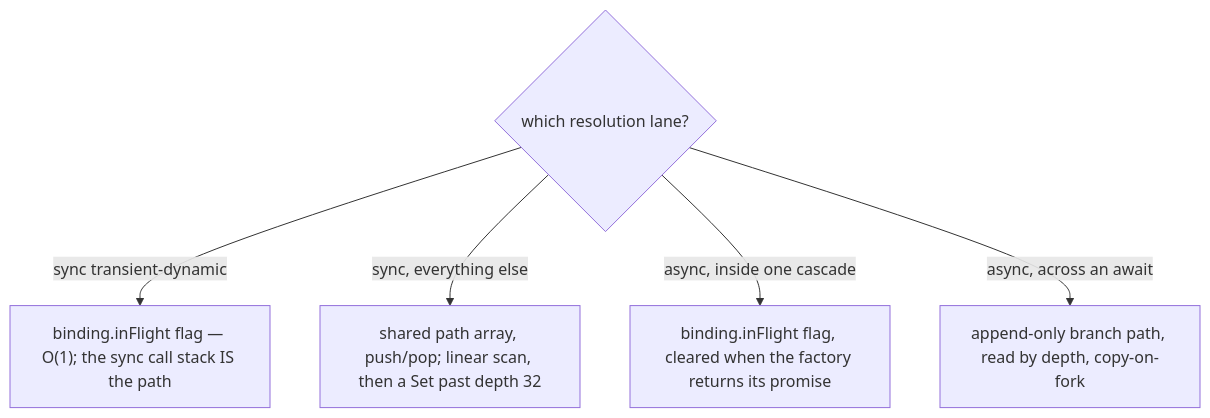
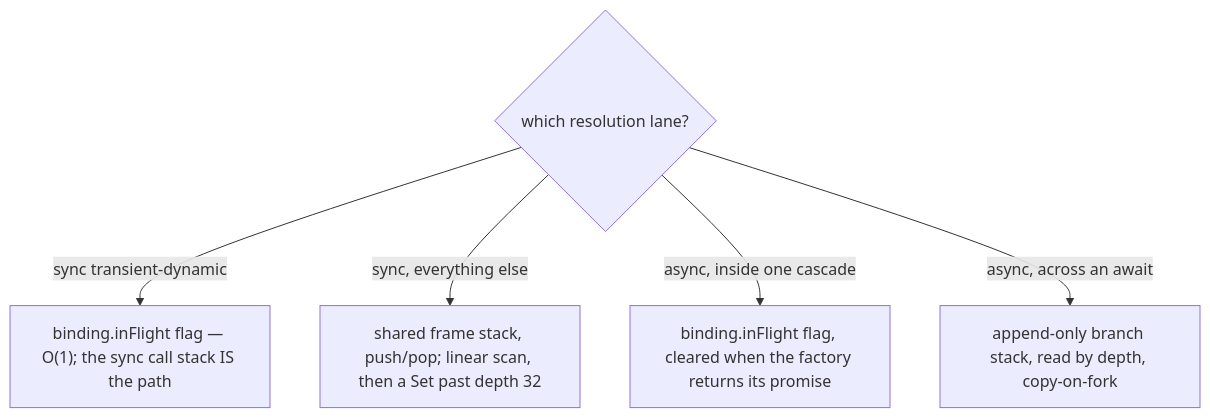
The third of 6 diagrams in packages/di/LEARNING.md (codefastlabs/codefast), drawn with Mermaid before and after one commit. The commit also changed other lines of this file, not shown here.

````diff
--- a/packages/di/LEARNING.md
+++ b/packages/di/LEARNING.md
@@ -186,8 +223,8 @@
 ```mermaid
 flowchart TD
   Q{"which resolution lane?"}
   Q -->|"sync transient-dynamic"| S1["binding.inFlight flag — O(1); the sync call stack IS the path"]
-  Q -->|"sync, everything else"| S2["shared path array, push/pop; linear scan, then a Set past depth 32"]
+  Q -->|"sync, everything else"| S2["shared frame stack, push/pop; linear scan, then a Set past depth 32"]
   Q -->|"async, inside one cascade"| S3["binding.inFlight flag, cleared when the factory returns its promise"]
-  Q -->|"async, across an await"| S4["append-only branch path, read by depth, copy-on-fork"]
+  Q -->|"async, across an await"| S4["append-only branch stack, read by depth, copy-on-fork"]
 ```
````
